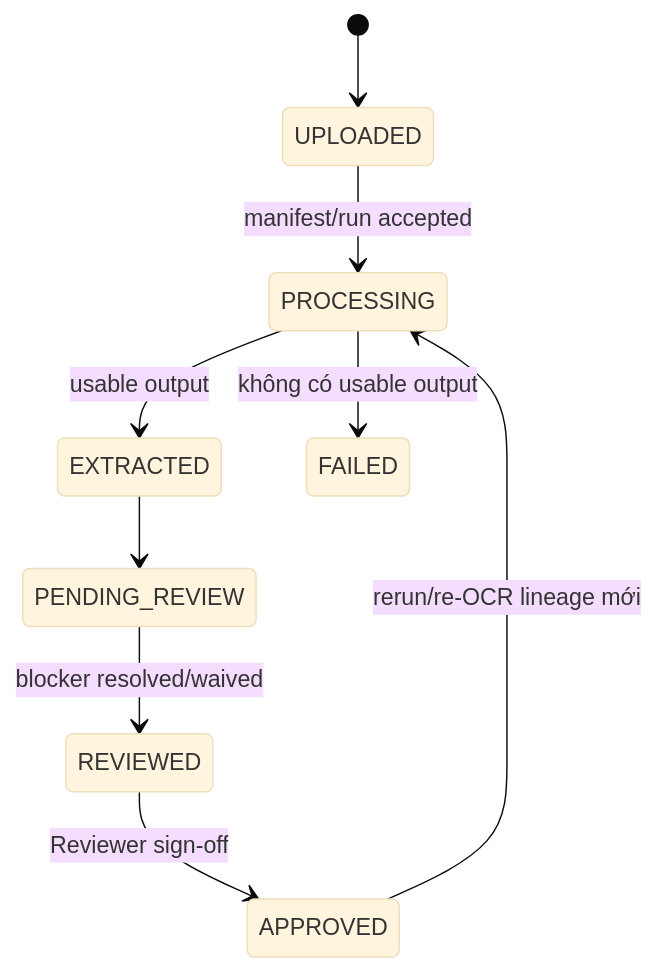
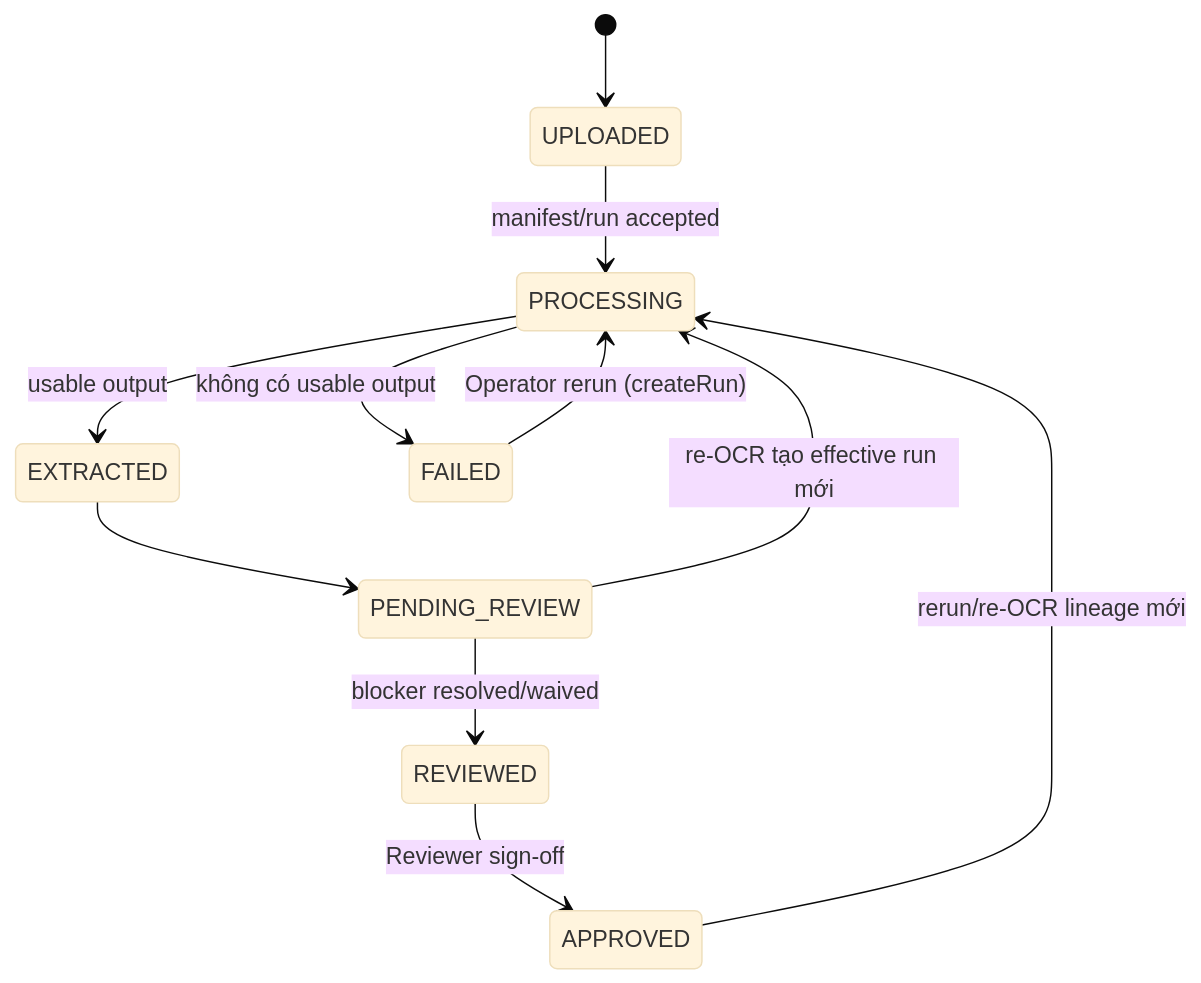
The sixth of 31 diagrams in docs/DOC-04-architecture.md (AI20K-VGR/contract-intelligence-core), drawn with Mermaid (base theme) before and after one commit. The commit also changed other lines of this file and 16 other files, not shown here.

````diff
--- a/docs/DOC-04-architecture.md
+++ b/docs/DOC-04-architecture.md
@@ -165,11 +201,13 @@
 ```mermaid
 stateDiagram-v2
   [*] --> UPLOADED
   UPLOADED --> PROCESSING: manifest/run accepted
   PROCESSING --> EXTRACTED: usable output
   PROCESSING --> FAILED: không có usable output
   EXTRACTED --> PENDING_REVIEW
   PENDING_REVIEW --> REVIEWED: blocker resolved/waived
   REVIEWED --> APPROVED: Reviewer sign-off
   APPROVED --> PROCESSING: rerun/re-OCR lineage mới
+  FAILED --> PROCESSING: Operator rerun (createRun)
+  PENDING_REVIEW --> PROCESSING: re-OCR tạo effective run mới
 ```
````
